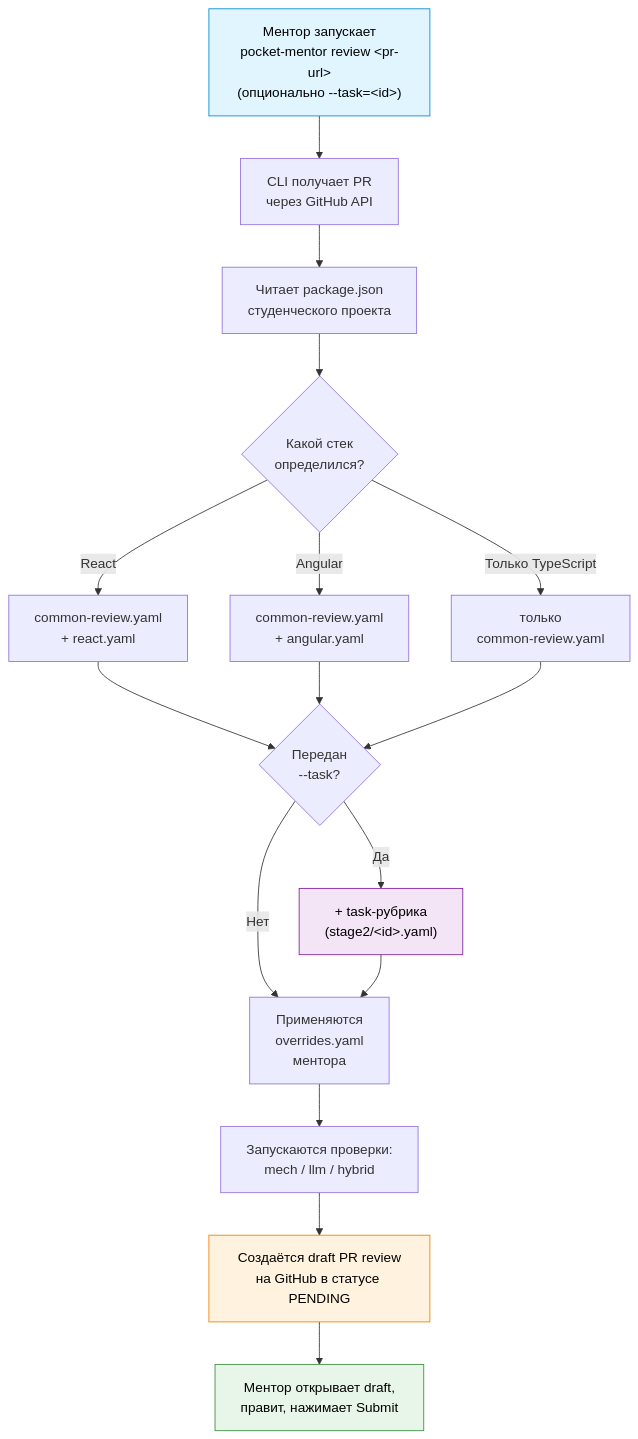
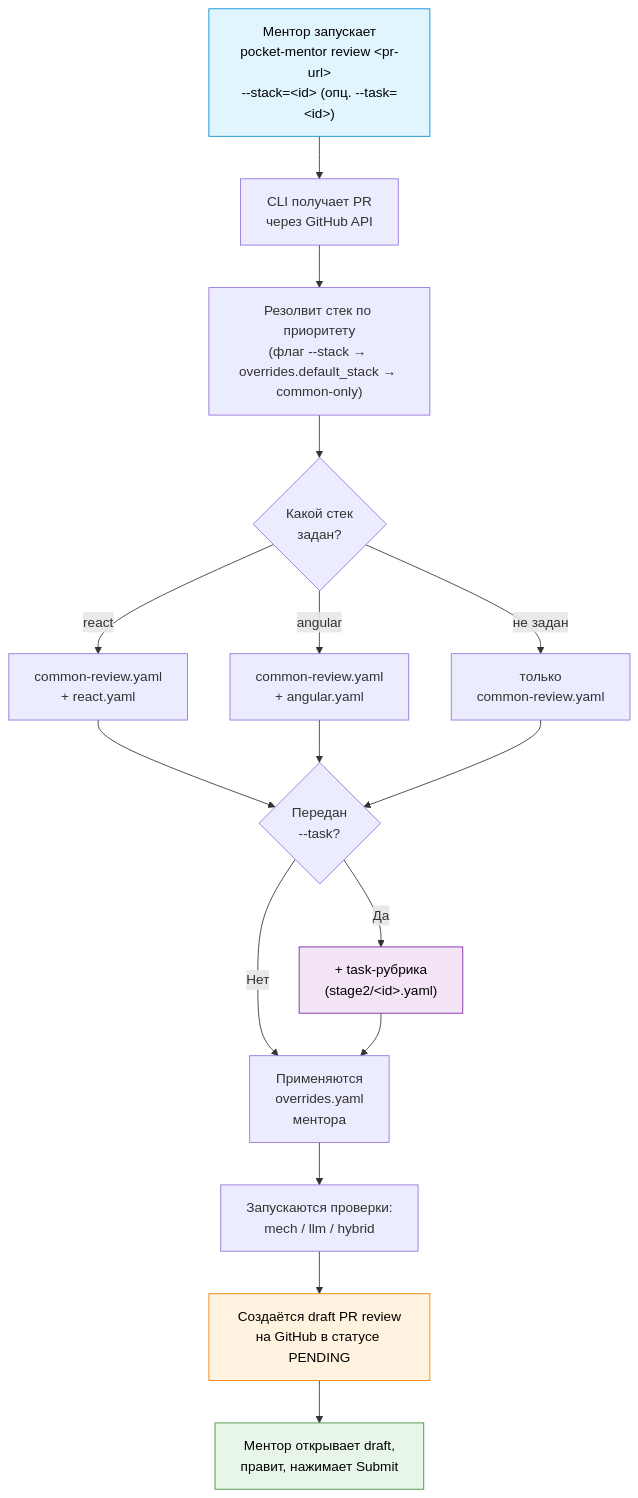
One commit to HelgaZhizhka/mentor-resources changed the diagram in docs/pocket-mentor/architecture-pivot-ru.md. Above: the diagram before and after it, drawn with Mermaid. The commit also changed other lines of this file and 4 other files, not shown here.

First line of the commit message:
docs(pocket-mentor): incorporate post-review revisions to plan

````diff
--- a/docs/pocket-mentor/architecture-pivot-ru.md
+++ b/docs/pocket-mentor/architecture-pivot-ru.md
@@ -91,23 +93,23 @@
 ```mermaid
 flowchart TD
-    A["Ментор запускает<br/>pocket-mentor review &lt;pr-url&gt;<br/>(опционально --task=&lt;id&gt;)"] --> B["CLI получает PR<br/>через GitHub API"]
-    B --> C["Читает package.json<br/>студенческого проекта"]
-    C --> D{"Какой стек<br/>определился?"}
-    D -->|React| E["common-review.yaml<br/>+ react.yaml"]
-    D -->|Angular| F["common-review.yaml<br/>+ angular.yaml"]
-    D -->|Только TypeScript| G["только<br/>common-review.yaml"]
+    A["Ментор запускает<br/>pocket-mentor review &lt;pr-url&gt;<br/>--stack=&lt;id&gt; (опц. --task=&lt;id&gt;)"] --> B["CLI получает PR<br/>через GitHub API"]
+    B --> C["Резолвит стек по приоритету<br/>(флаг --stack → overrides.default_stack → common-only)"]
+    C --> D{"Какой стек<br/>задан?"}
+    D -->|react| E["common-review.yaml<br/>+ react.yaml"]
+    D -->|angular| F["common-review.yaml<br/>+ angular.yaml"]
+    D -->|не задан| G["только<br/>common-review.yaml"]
     E --> T{"Передан<br/>--task?"}
     F --> T
     G --> T
     T -->|Да| U["+ task-рубрика<br/>(stage2/&lt;id&gt;.yaml)"]
     T -->|Нет| H
     U --> H["Применяются<br/>overrides.yaml<br/>ментора"]
     H --> I["Запускаются проверки:<br/>mech / llm / hybrid"]
     I --> J["Создаётся draft PR review<br/>на GitHub в статусе PENDING"]
     J --> K["Ментор открывает draft,<br/>правит, нажимает Submit"]
 
     style A fill:#e1f5ff,stroke:#0288d1,color:#000
     style U fill:#f3e5f5,stroke:#7b1fa2,color:#000
     style J fill:#fff3e0,stroke:#f57c00,color:#000
     style K fill:#e8f5e9,stroke:#388e3c,color:#000
 ```
````
